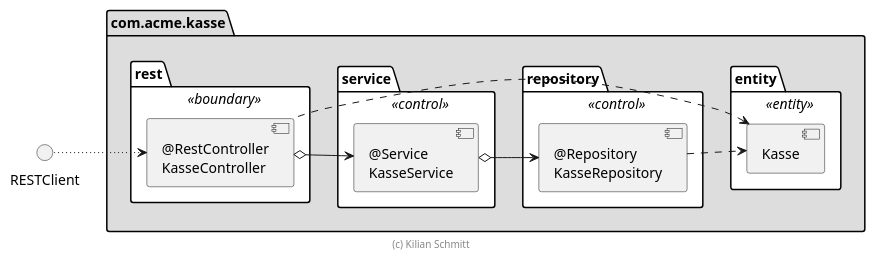
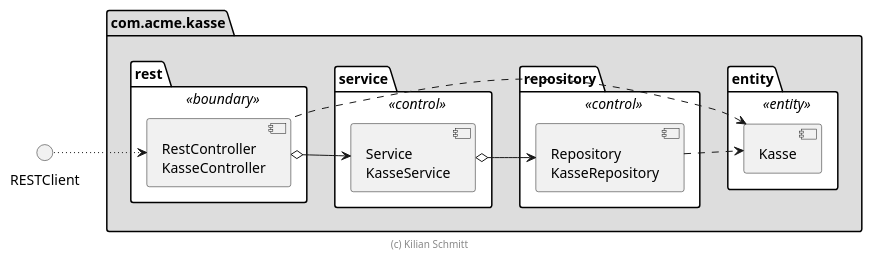
One commit to KilianSchmitt/kassen-managment-system changed the diagram in extras/doc/komponenten.plantuml. Above: the diagram before and after it, drawn with PlantUML. The commit also changed 16 other files, not shown here.

Commit message:
A1: Javadoc with UML-Diagrams working

```diff
--- a/extras/doc/komponenten.plantuml
+++ b/extras/doc/komponenten.plantuml
@@ -1,32 +1,32 @@
 @startuml Komponenten
 
 left to right direction
 
 package com.acme.kasse #DDDDDD {
     package rest <<boundary>> #FFFFFF {
-        [@RestController\nKasseController] as KasseController
+        [RestController\nKasseController] as KasseController
     }
 
     package service <<control>> #FFFFFF {
-        [@Service\nKasseService] as KasseService
+        [Service\nKasseService] as KasseService
     }
 
     package repository <<control>> #FFFFFF {
-        [@Repository\nKasseRepository] as KasseRepository
+        [Repository\nKasseRepository] as KasseRepository
     }
 
     package entity <<entity>> #FFFFFF {
         [Kasse]
     }
 }
 
 RESTClient ~~> [KasseController]
 
 [KasseController] o--> [KasseService]
 [KasseService] o--> [KasseRepository]
 [KasseController] .up.> [Kasse]
 [KasseRepository] ..> [Kasse]
 
 footer (c) Kilian Schmitt
 
 @enduml
```
